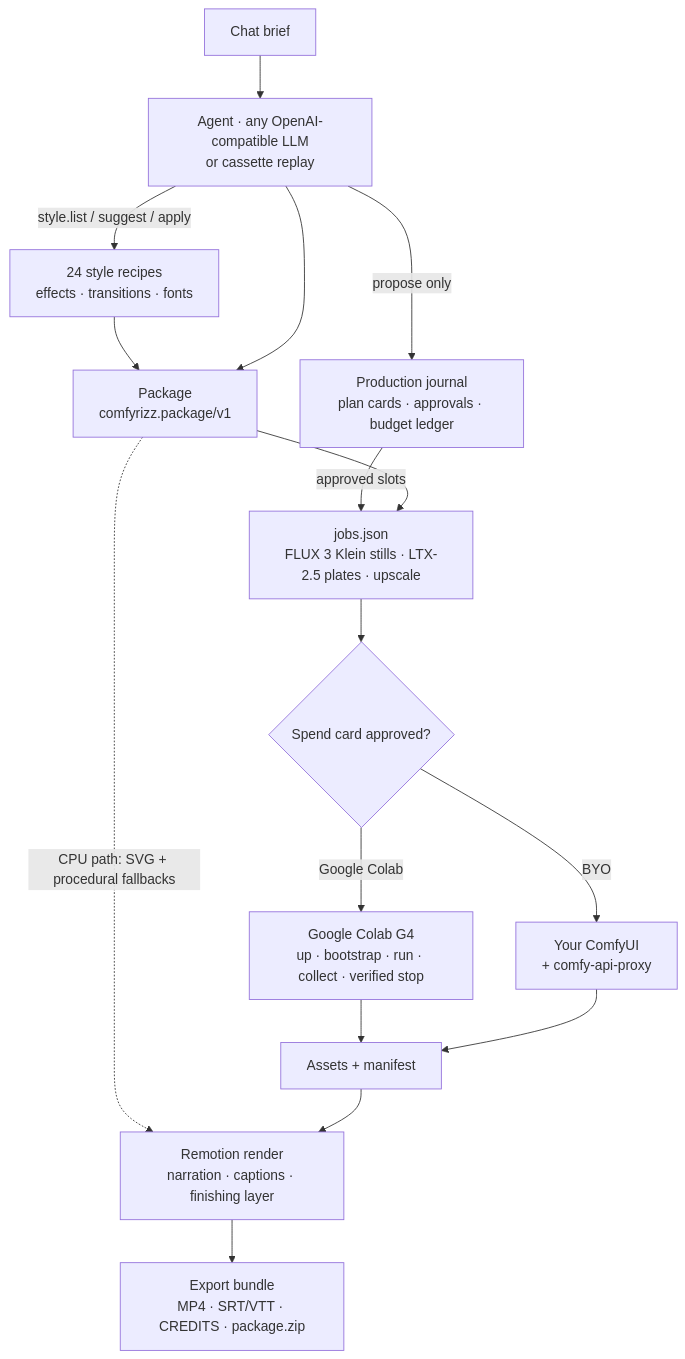
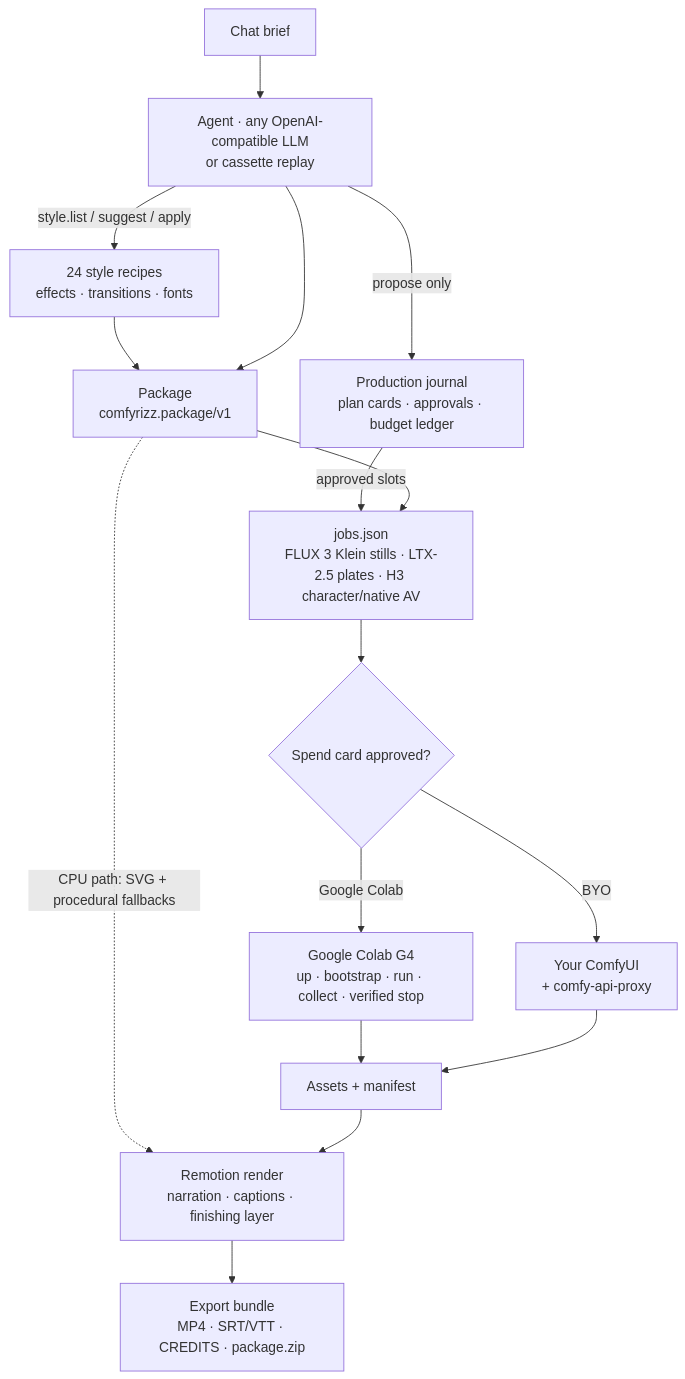
The diagram in README.md (mojomast/comfyrizz), drawn with Mermaid before and after one commit. The commit also changed other lines of this file and 192 other files, not shown here.

````diff
--- a/README.md
+++ b/README.md
@@ -211,18 +230,18 @@
 ```mermaid
 flowchart TD
     A["Chat brief"] --> B["Agent · any OpenAI-compatible LLM<br/>or cassette replay"]
     B -->|style.list / suggest / apply| R["24 style recipes<br/>effects · transitions · fonts"]
     R --> C
     B --> C["Package<br/>comfyrizz.package/v1"]
     B -->|"propose only"| P["Production journal<br/>plan cards · approvals · budget ledger"]
     P -->|"approved slots"| D
-    C --> D["jobs.json<br/>FLUX 3 Klein stills · LTX-2.5 plates · upscale"]
+    C --> D["jobs.json<br/>FLUX 3 Klein stills · LTX-2.5 plates · H3 character/native AV"]
     D --> S{"Spend card approved?"}
     S -->|Google Colab| E["Google Colab G4<br/>up · bootstrap · run · collect · verified stop"]
     S -->|BYO| F["Your ComfyUI<br/>+ comfy-api-proxy"]
     E --> G["Assets + manifest"]
     F --> G
     C -.->|"CPU path: SVG + procedural fallbacks"| H
     G --> H["Remotion render<br/>narration · captions · finishing layer"]
     H --> I["Export bundle<br/>MP4 · SRT/VTT · CREDITS · package.zip"]
 ```
````
